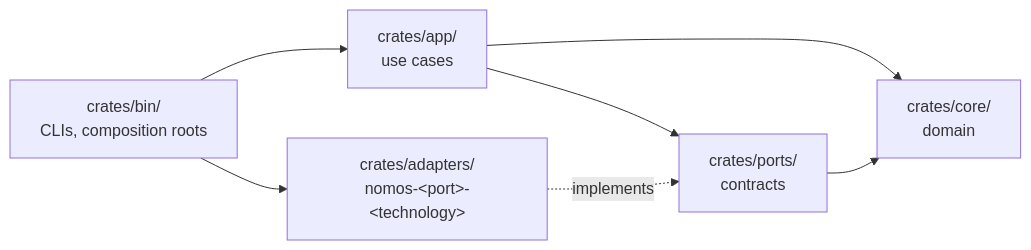
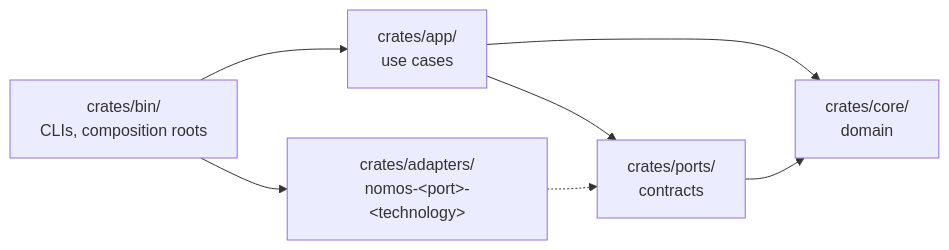
One commit to kmosoti/Nomos changed the diagram in CONTRIBUTING.md. Above: the diagram before and after it, drawn with Mermaid. The commit also changed other lines of this file and 7 other files, not shown here.

First line of the commit message:
Fix Mermaid diagrams that fail to render on GitHub

````diff
--- a/CONTRIBUTING.md
+++ b/CONTRIBUTING.md
@@ -36,9 +36,9 @@
 ```mermaid
 flowchart LR
     bin["crates/bin/<br/>CLIs, composition roots"] --> app["crates/app/<br/>use cases"]
     bin --> adapters["crates/adapters/<br/>nomos-&lt;port&gt;-&lt;technology&gt;"]
     app --> core["crates/core/<br/>domain"]
     app --> ports["crates/ports/<br/>contracts"]
-    adapters -. implements .-> ports
+    adapters -.-> ports
     ports --> core
 ```
````
